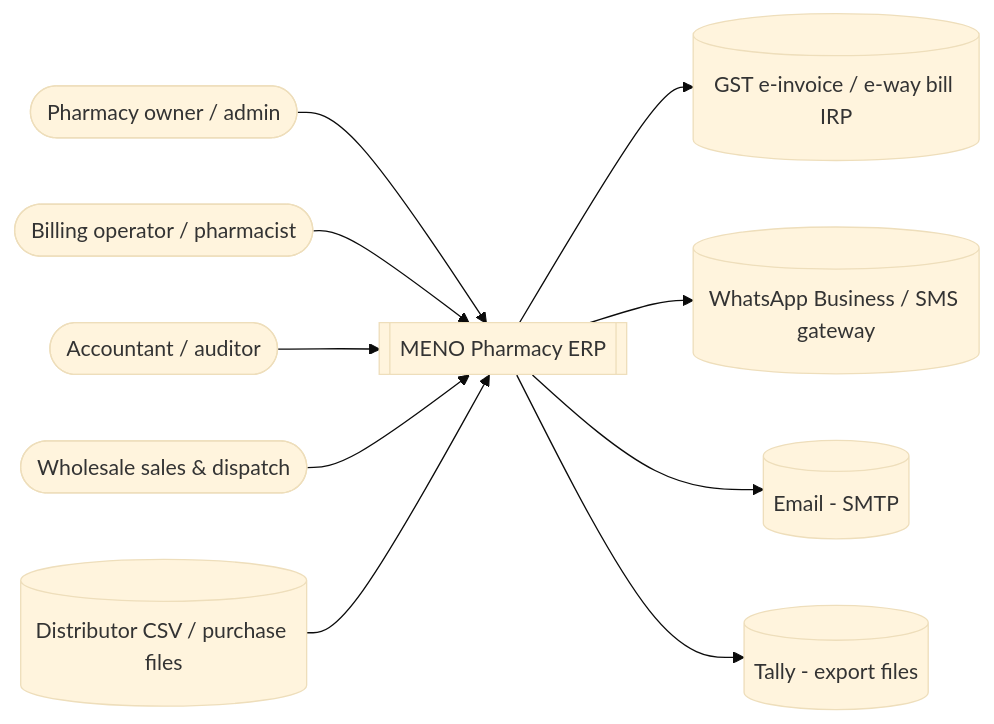
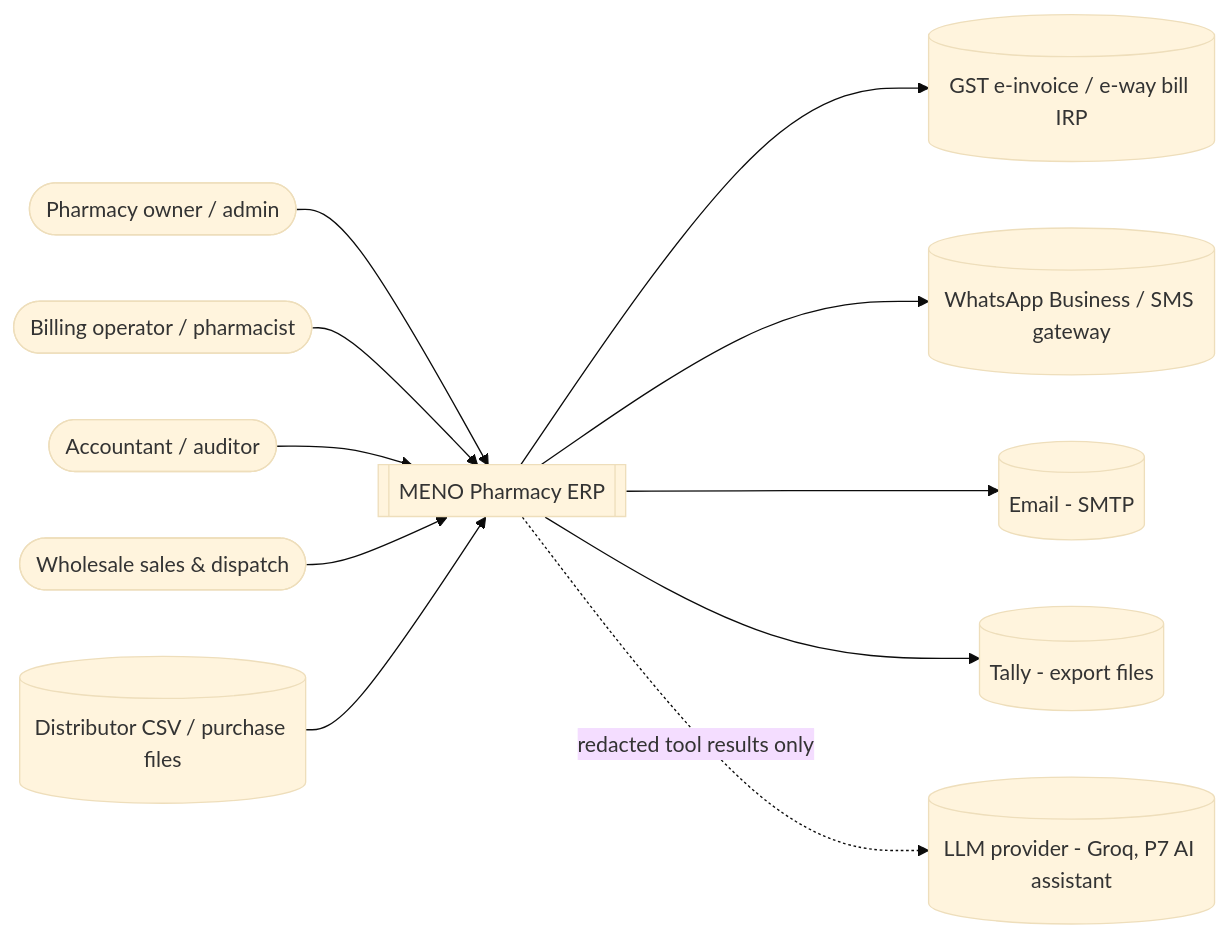
One commit to Setups-Works/medical-erp changed the first of 6 diagrams in docs/architecture/ARCHITECTURE.md. Above: the diagram before and after it, drawn with Mermaid (base theme). The commit also changed other lines of this file and 46 other files, not shown here.

First line of the commit message:
docs(ai): plan the P7 AI assistant on a shared LLM with tenant-safe tools

````diff
--- a/docs/architecture/ARCHITECTURE.md
+++ b/docs/architecture/ARCHITECTURE.md
@@ -12,23 +12,25 @@
 ```mermaid
 flowchart LR
     owner([Pharmacy owner / admin])
     cashier([Billing operator / pharmacist])
     acct([Accountant / auditor])
     whs([Wholesale sales & dispatch])
     meno[[MENO Pharmacy ERP]]
     gst[(GST e-invoice / e-way bill IRP)]
     wa[(WhatsApp Business / SMS gateway)]
     mail[(Email - SMTP)]
     tally[(Tally - export files)]
     dist[(Distributor CSV / purchase files)]
+    llm[(LLM provider - Groq, P7 AI assistant)]
 
     owner --> meno
     cashier --> meno
     acct --> meno
     whs --> meno
     meno --> gst
     meno --> wa
     meno --> mail
     meno --> tally
     dist --> meno
+    meno -. redacted tool results only .-> llm
 ```
````
